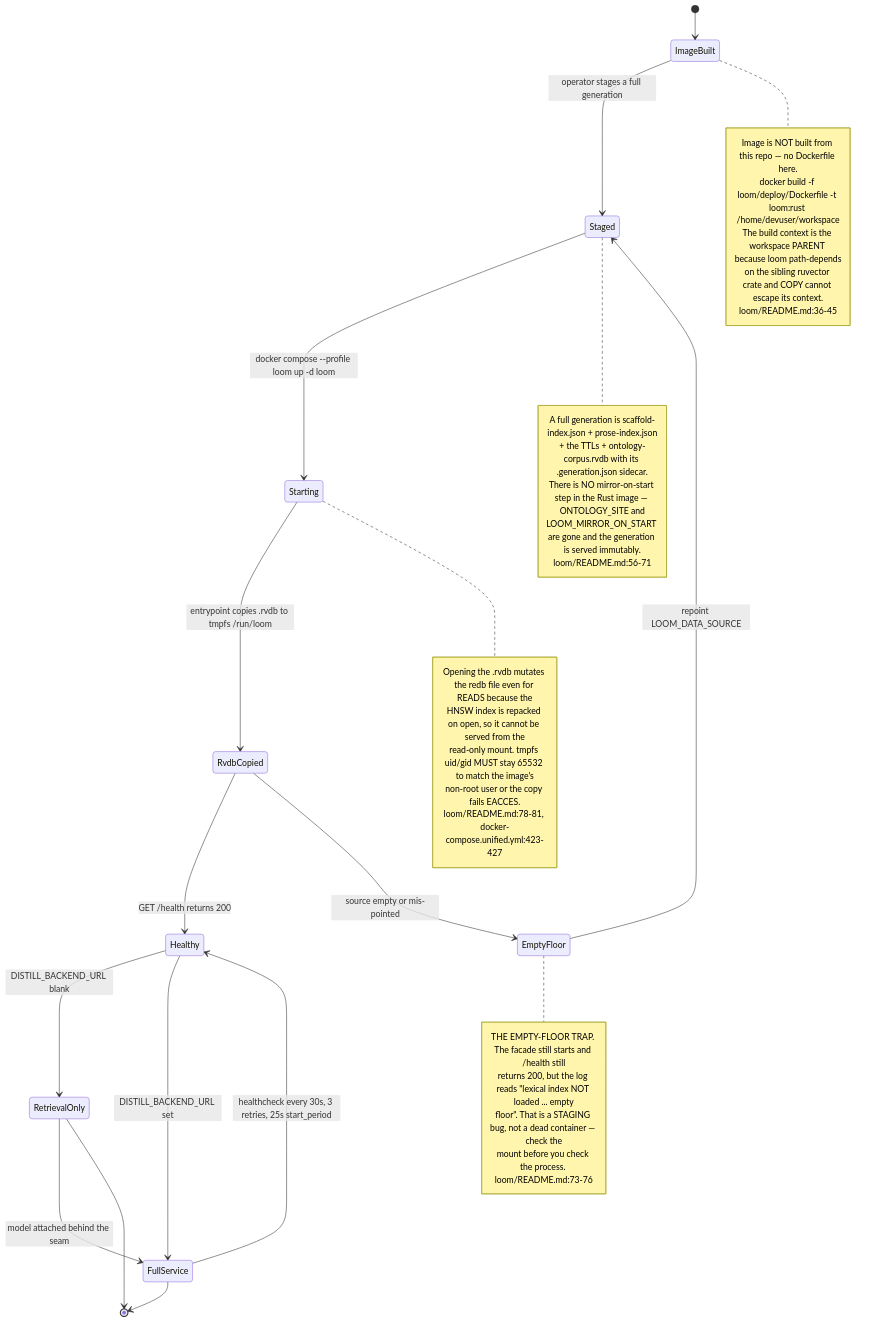
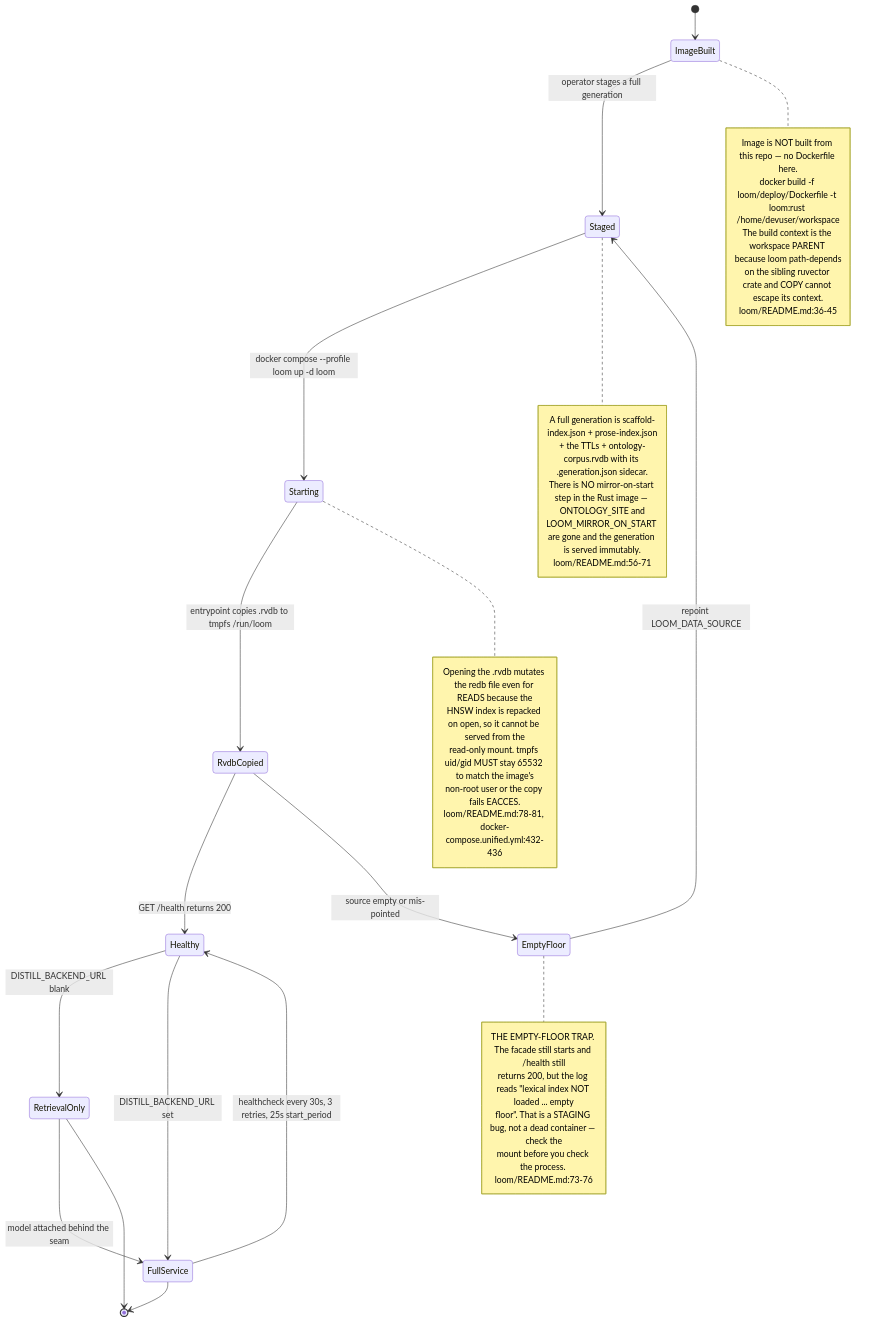
The seventh of 14 diagrams in docs/diagrams/agentbox/24-loom-facade.md (DreamLab-AI/VisionFlow), drawn with Mermaid before and after one commit. The commit also changed other lines of this file and 142 other files, not shown here.

First line of the commit message:
docs(diagrams): one System One route; re-verify 140 topics at today's heads

````diff
--- a/docs/diagrams/agentbox/24-loom-facade.md
+++ b/docs/diagrams/agentbox/24-loom-facade.md
@@ -289,43 +290,43 @@
 ```mermaid
 stateDiagram-v2
     [*] --> ImageBuilt
     ImageBuilt --> Staged : operator stages a full generation
     note right of ImageBuilt
         Image is NOT built from this repo — no Dockerfile here.
         docker build -f loom/deploy/Dockerfile -t loom:rust /home/devuser/workspace
         The build context is the workspace PARENT because loom path-depends
         on the sibling ruvector crate and COPY cannot escape its context.
         loom/README.md:36-45
     end note
     Staged --> Starting : docker compose --profile loom up -d loom
     note right of Staged
         A full generation is scaffold-index.json + prose-index.json
         + the TTLs + ontology-corpus.rvdb with its .generation.json sidecar.
         There is NO mirror-on-start step in the Rust image — ONTOLOGY_SITE and
         LOOM_MIRROR_ON_START are gone and the generation is served immutably.
         loom/README.md:56-71
     end note
     Starting --> RvdbCopied : entrypoint copies .rvdb to tmpfs /run/loom
     note right of Starting
         Opening the .rvdb mutates the redb file even for READS because the
         HNSW index is repacked on open, so it cannot be served from the
         read-only mount. tmpfs uid/gid MUST stay 65532 to match the image's
         non-root user or the copy fails EACCES.
-        loom/README.md:78-81, docker-compose.unified.yml:423-427
+        loom/README.md:78-81, docker-compose.unified.yml:432-436
     end note
     RvdbCopied --> Healthy : GET /health returns 200
     RvdbCopied --> EmptyFloor : source empty or mis-pointed
     note right of EmptyFloor
         THE EMPTY-FLOOR TRAP. The facade still starts and /health still
         returns 200, but the log reads "lexical index NOT loaded ... empty
         floor". That is a STAGING bug, not a dead container — check the
         mount before you check the process. loom/README.md:73-76
     end note
     EmptyFloor --> Staged : repoint LOOM_DATA_SOURCE
     Healthy --> RetrievalOnly : DISTILL_BACKEND_URL blank
     Healthy --> FullService : DISTILL_BACKEND_URL set
     RetrievalOnly --> FullService : model attached behind the seam
     FullService --> Healthy : healthcheck every 30s, 3 retries, 25s start_period
     RetrievalOnly --> [*]
     FullService --> [*]
 ```
````
